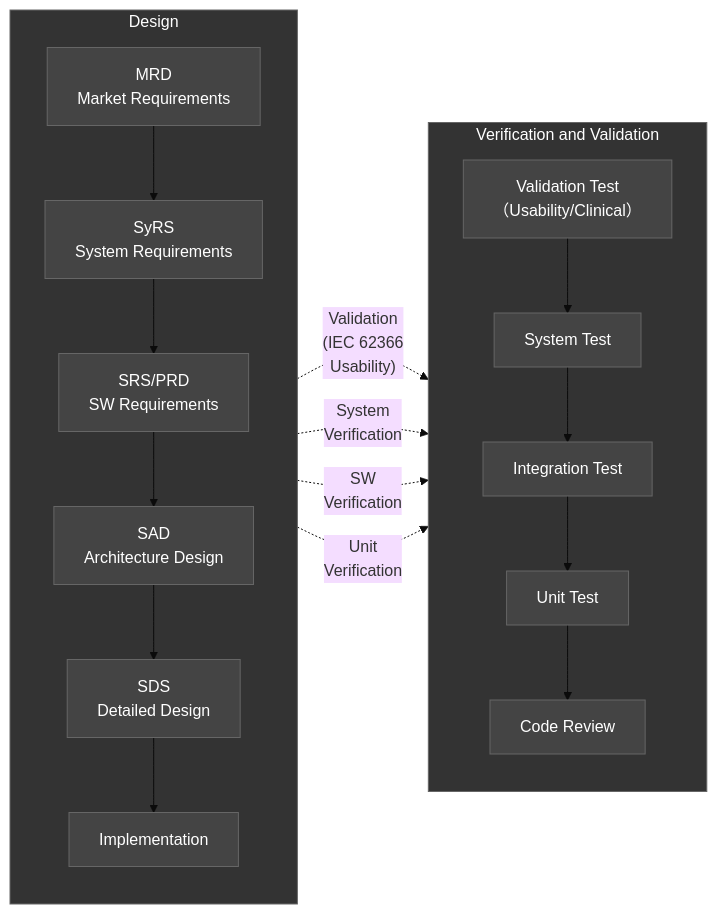
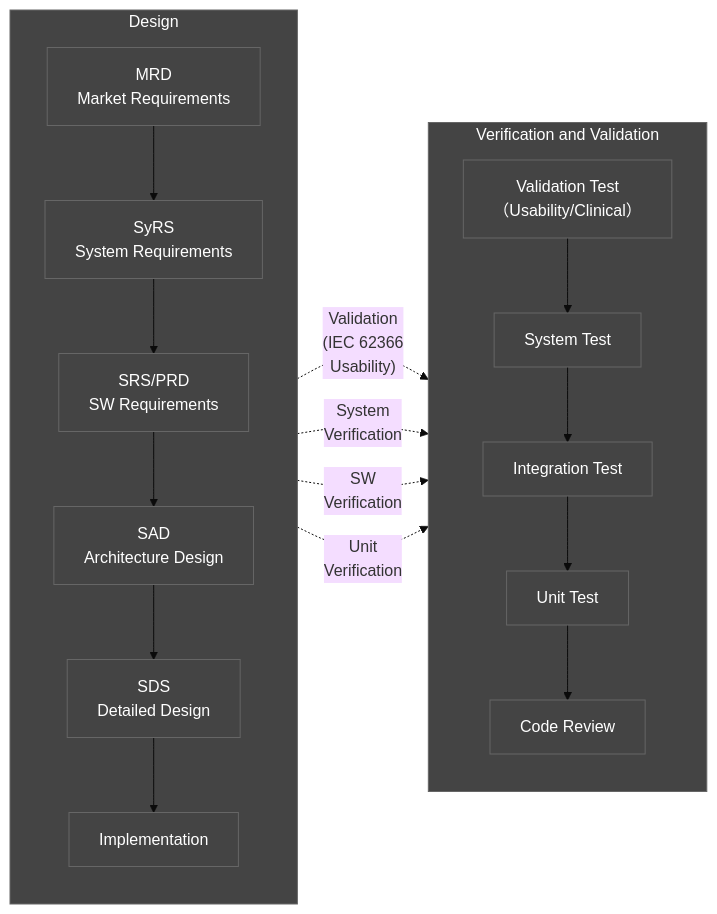
The fifth of 7 diagrams in docs/planning/DOC-001_MRD_v3.0.md (holee9/console-gui), drawn with Mermaid (base theme) before and after one commit. The commit also changed other lines of this file and 35 other files, not shown here.

First line of the commit message:
fix: 전체 Mermaid 차트 색상 진한 회색 통일

````diff
--- a/docs/planning/DOC-001_MRD_v3.0.md
+++ b/docs/planning/DOC-001_MRD_v3.0.md
@@ -609,41 +609,41 @@
 ```mermaid
 flowchart LR
     classDef default fill:#444,stroke:#666,color:#fff
     subgraph Left["Design"]
         direction TB
         MRD_box["MRD\nMarket Requirements"]
         SyRS_box["SyRS\nSystem Requirements"]
         SRS_box["SRS/PRD\nSW Requirements"]
         SAD_box["SAD\nArchitecture Design"]
         SDS_box["SDS\nDetailed Design"]
         Code_box["Implementation"]
 
         MRD_box --> SyRS_box
         SyRS_box --> SRS_box
         SRS_box --> SAD_box
         SAD_box --> SDS_box
         SDS_box --> Code_box
     end
 
     subgraph Right["Verification and Validation"]
         direction TB
         VT_box["Validation Test\n（Usability/Clinical）"]
         SysT_box["System Test"]
         IntT_box["Integration Test"]
         UnitT_box["Unit Test"]
         Code_box2["Code Review"]
 
         VT_box --> SysT_box
         SysT_box --> IntT_box
         IntT_box --> UnitT_box
         UnitT_box --> Code_box2
     end
 
     MRD_box -.->|"Validation\n(IEC 62366\nUsability)"| VT_box
     SyRS_box -.->|"System\nVerification"| SysT_box
     SRS_box -.->|"SW\nVerification"| IntT_box
     SDS_box -.->|"Unit\nVerification"| UnitT_box
 
-    style Left fill:#333,stroke:#666,color:#fff
-    style Right fill:#333,stroke:#666,color:#fff
+    style Left fill:#444,stroke:#666,color:#fff
+    style Right fill:#444,stroke:#666,color:#fff
 ```
````
